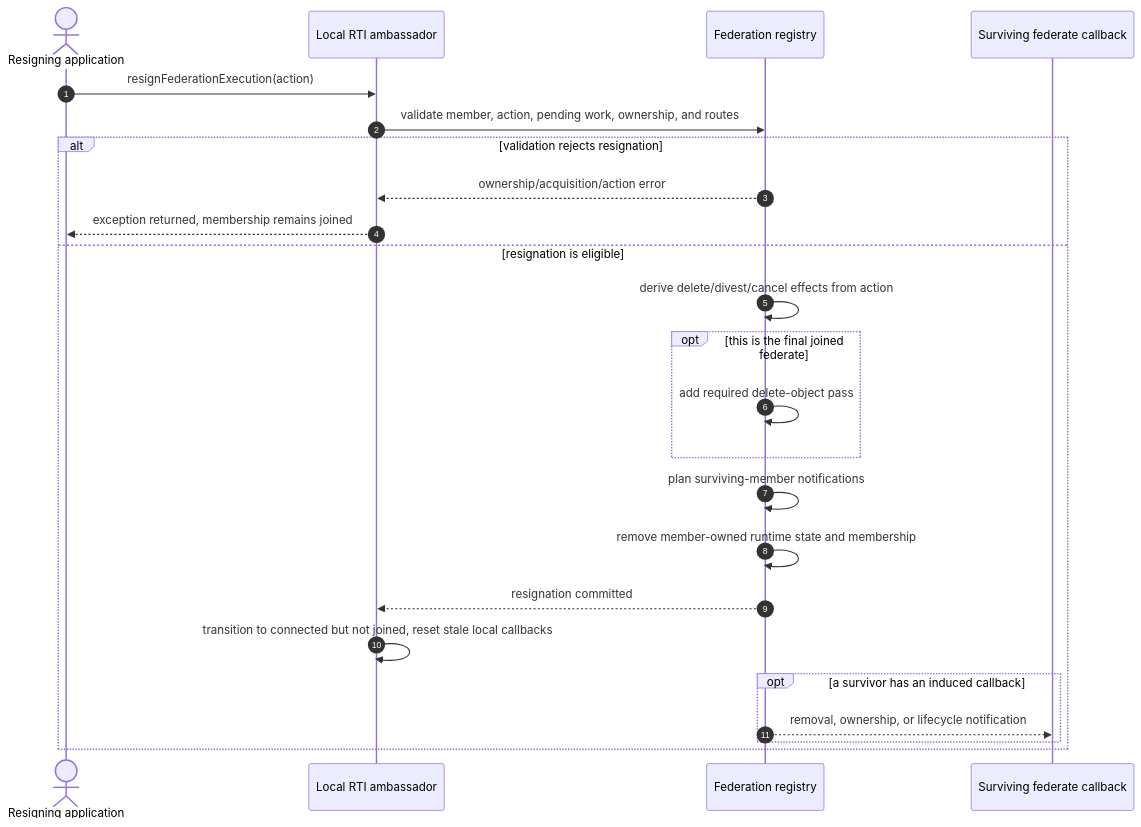
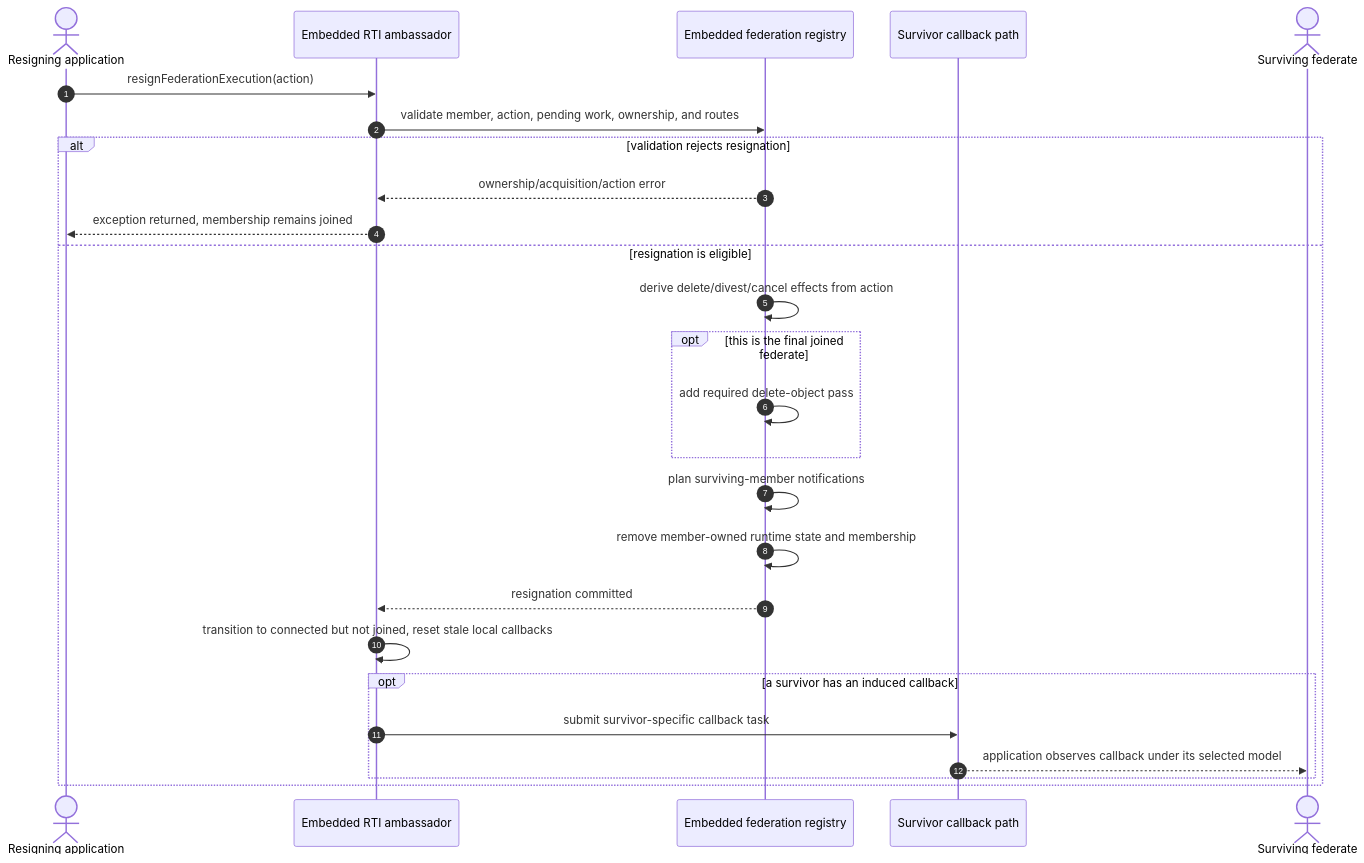
Before and after one commit to sheepfling/umbra: the tenth of 15 diagrams in docs/design/HLA-2025-FEDERATION-AND-FEDERATE-LIFECYCLE-FLOW-GUIDE.md, drawn with Mermaid. The commit also changed other lines of this file and 822 other files, not shown here.

````diff
--- a/docs/design/HLA-2025-FEDERATION-AND-FEDERATE-LIFECYCLE-FLOW-GUIDE.md
+++ b/docs/design/HLA-2025-FEDERATION-AND-FEDERATE-LIFECYCLE-FLOW-GUIDE.md
@@ -225,27 +513,29 @@
 ```mermaid
 sequenceDiagram
   autonumber
   actor Member as Resigning application
-  participant RTI as Local RTI ambassador
-  participant Registry as Federation registry
-  participant Survivor as Surviving federate callback
+  participant RTI as Embedded RTI ambassador
+  participant Registry as Embedded federation registry
+  participant CallbackPath as Survivor callback path
+  actor Survivor as Surviving federate
 
   Member->>RTI: resignFederationExecution(action)
   RTI->>Registry: validate member, action, pending work, ownership, and routes
   alt validation rejects resignation
     Registry-->>RTI: ownership/acquisition/action error
     RTI-->>Member: exception returned, membership remains joined
   else resignation is eligible
     Registry->>Registry: derive delete/divest/cancel effects from action
     opt this is the final joined federate
       Registry->>Registry: add required delete-object pass
     end
     Registry->>Registry: plan surviving-member notifications
     Registry->>Registry: remove member-owned runtime state and membership
     Registry-->>RTI: resignation committed
     RTI->>RTI: transition to connected but not joined, reset stale local callbacks
     opt a survivor has an induced callback
-      Registry-->>Survivor: removal, ownership, or lifecycle notification
+      RTI->>CallbackPath: submit survivor-specific callback task
+      CallbackPath-->>Survivor: application observes callback under its selected model
     end
   end
 ```
````
